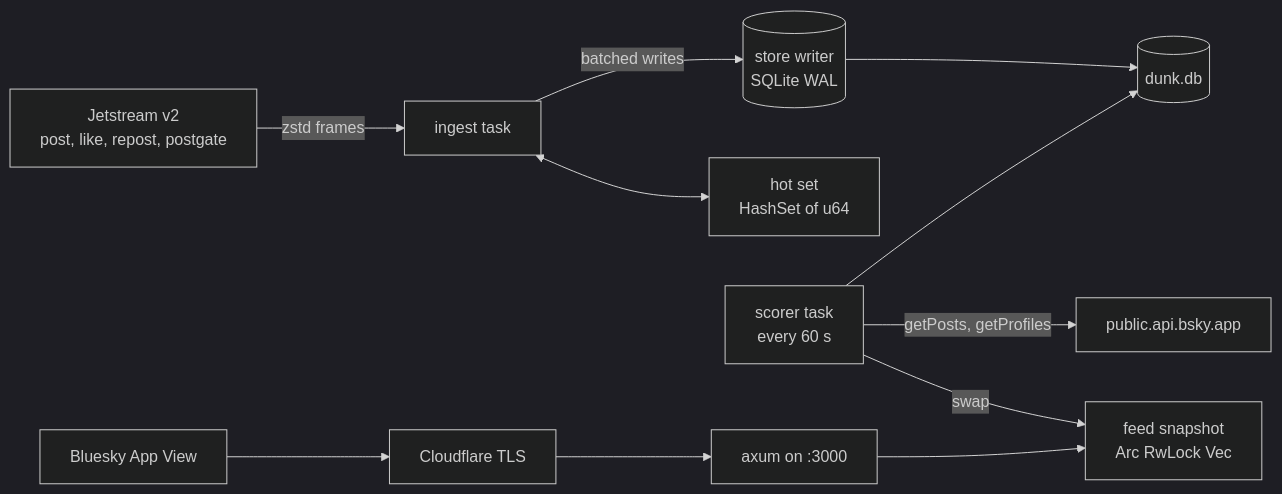
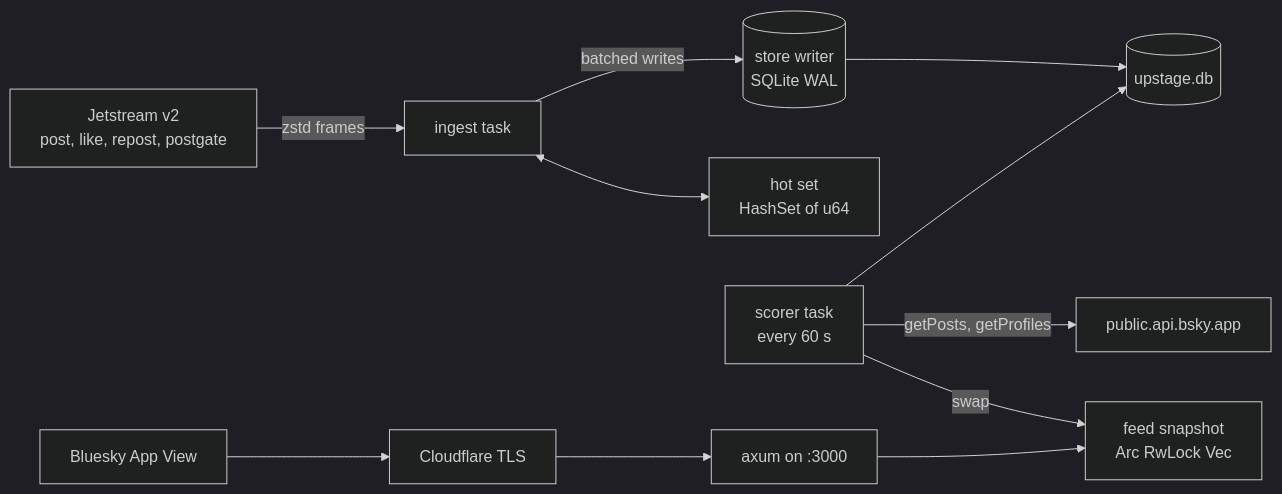
The diagram in docs/TECH-DESIGN.md (nsantini/dunk-feed), drawn with Mermaid (dark theme) before and after one commit. The commit also changed other lines of this file and 48 other files, not shown here.

````diff
--- a/docs/TECH-DESIGN.md
+++ b/docs/TECH-DESIGN.md
@@ -52,13 +52,13 @@
 ```mermaid
 flowchart LR
   JS[Jetstream v2<br/>post, like, repost, postgate] -->|zstd frames| ING[ingest task]
   ING -->|batched writes| W[(store writer<br/>SQLite WAL)]
   ING <--> HS[hot set<br/>HashSet of u64]
-  W --> DB[(dunk.db)]
+  W --> DB[(upstage.db)]
   SC[scorer task<br/>every 60 s] --> DB
   SC -->|getPosts, getProfiles| AV[public.api.bsky.app]
   SC -->|swap| SNAP[feed snapshot<br/>Arc RwLock Vec]
   HTTP[axum on :3000] --> SNAP
   CF[Cloudflare TLS] --> HTTP
   APP[Bluesky App View] --> CF
 ```
````
